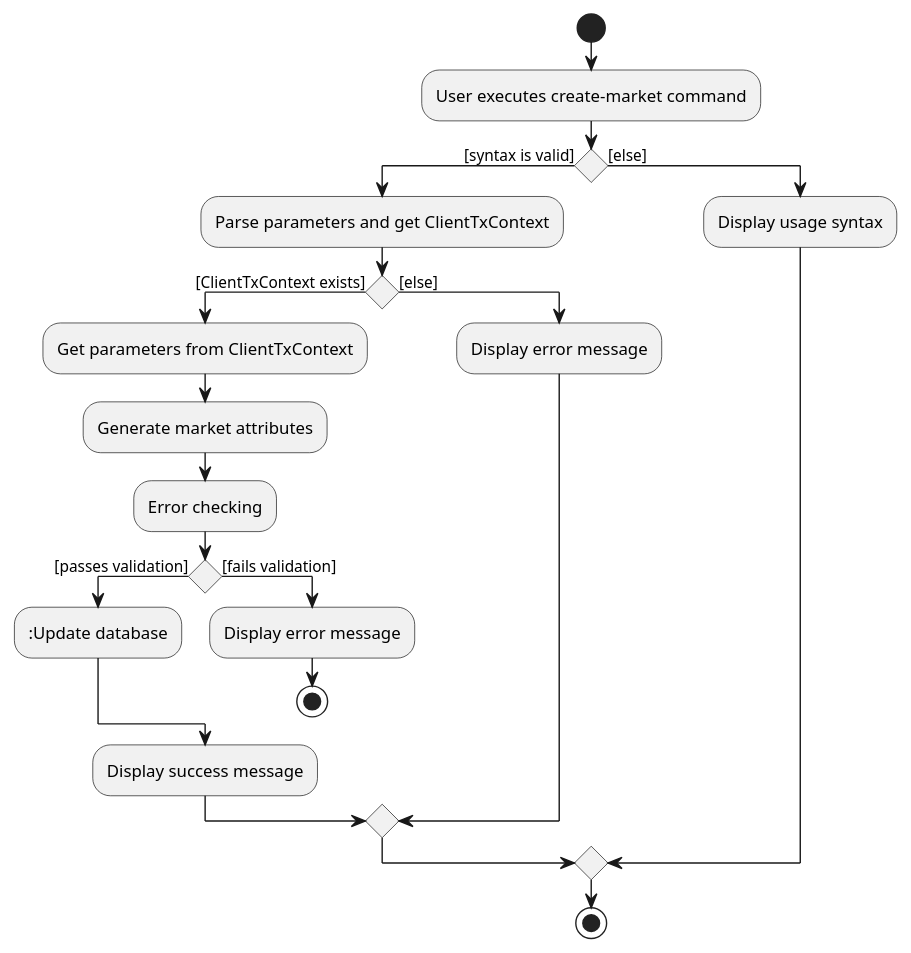
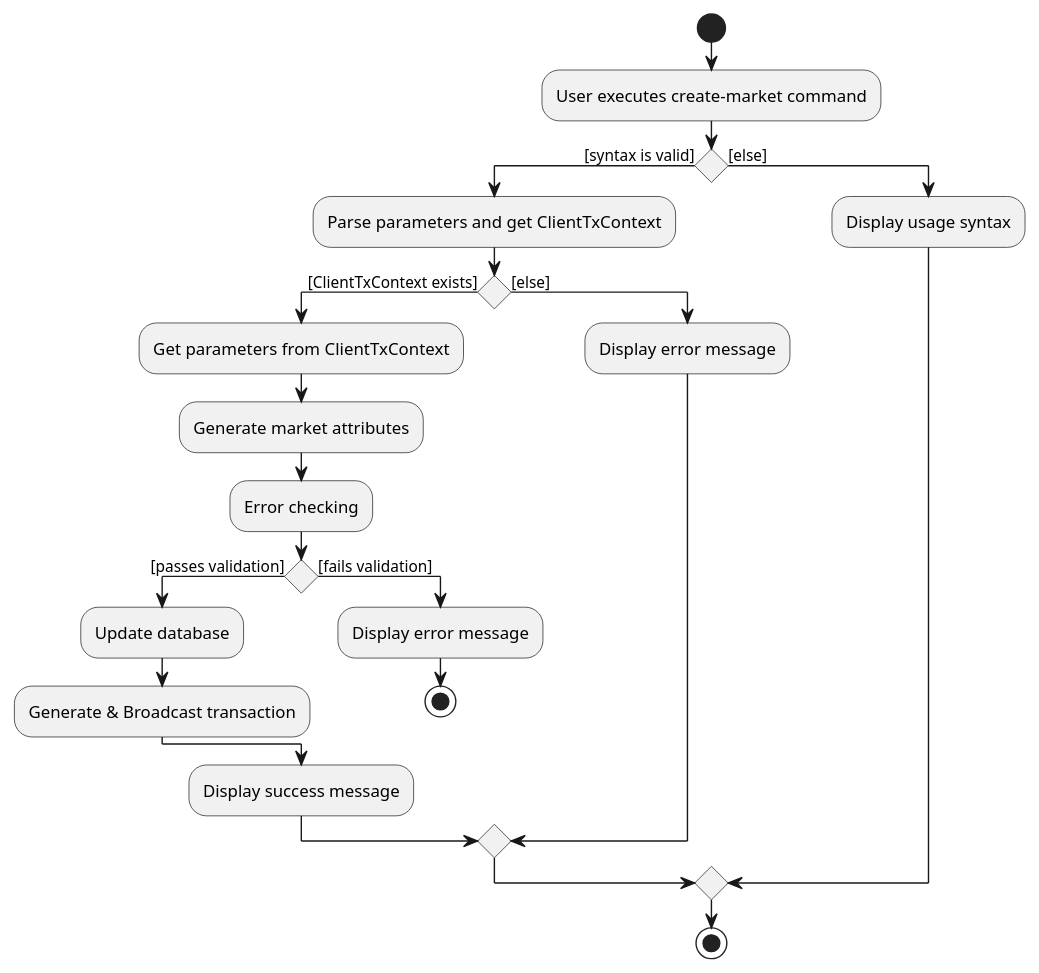
Before and after one commit to Tan-Jia-Rong/code-challenge: the diagram in src/problem6/diagrams/CreateMarketActivityDiagram.puml, drawn with PlantUML. The commit also changed 2 other files, not shown here.

Commit message:
Update create-market activity diagram

```diff
--- a/src/problem6/diagrams/CreateMarketActivityDiagram.puml
+++ b/src/problem6/diagrams/CreateMarketActivityDiagram.puml
@@ -1,25 +1,26 @@
 @startuml
 start
 :User executes create-market command;
 
 if () then ([syntax is valid])
     :Parse parameters and get ClientTxContext;
     if () then ([ClientTxContext exists])
         :Get parameters from ClientTxContext;
         :Generate market attributes;
         :Error checking;
         if () then ([passes validation])
-            ::Update database;
+            :Update database;
+            :Generate & Broadcast transaction;
         else ([fails validation])
             :Display error message;
             stop
         endif
         :Display success message;
     else ([else])
         :Display error message;
     endif
 else ([else])
     :Display usage syntax;
 endif
 stop
 @enduml
```
